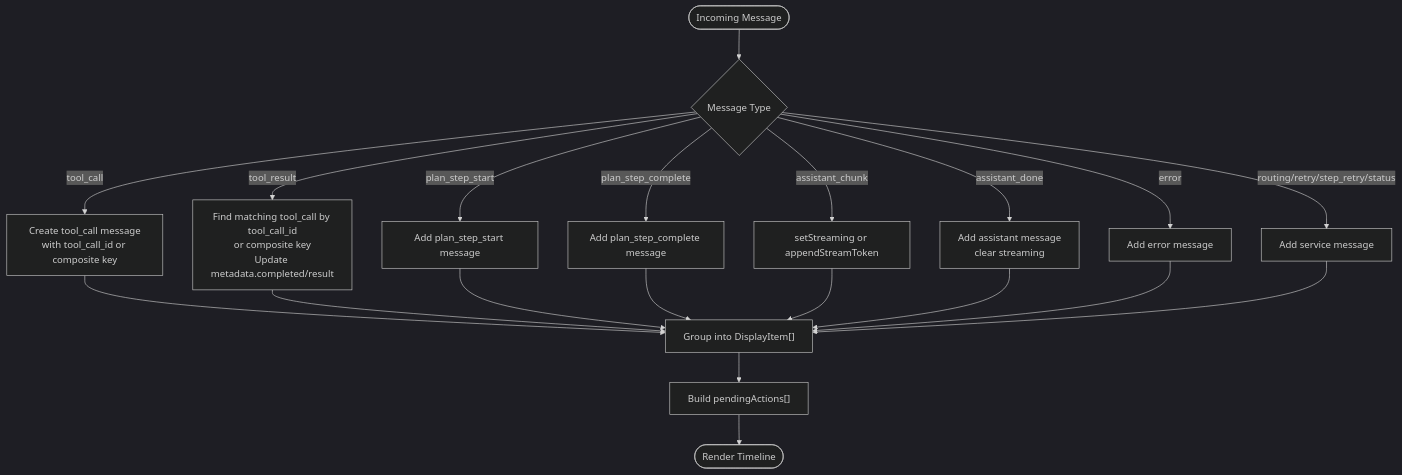
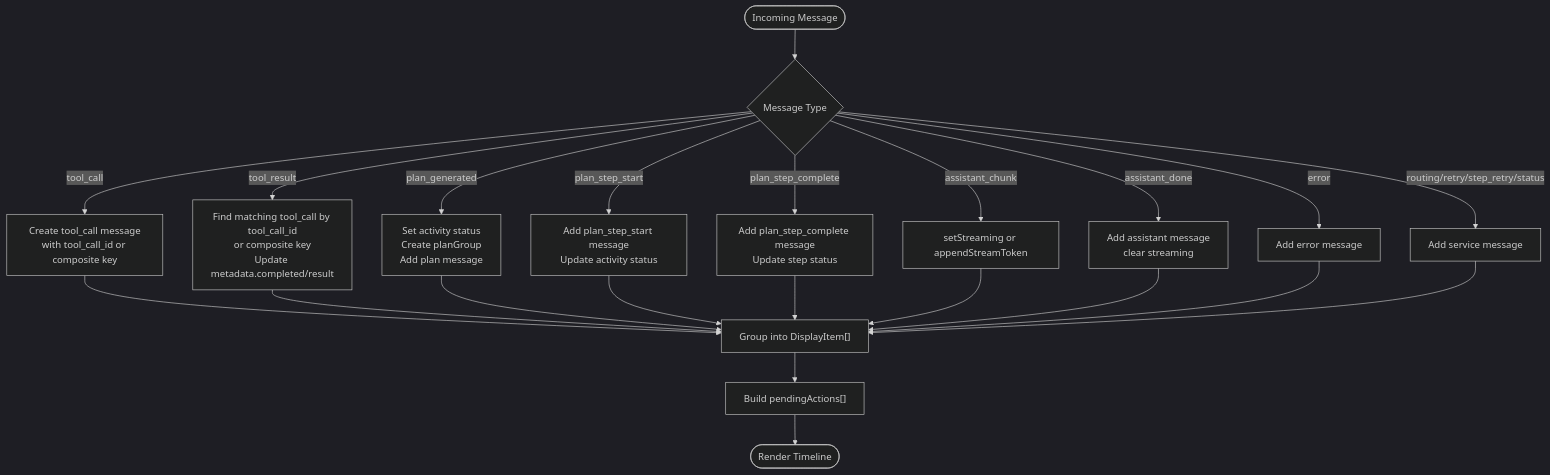
The third of 6 diagrams in .qoder/repowiki/en/content/Frontend Application/State Management.md (v0lka/c0wrk), drawn with Mermaid (dark theme) before and after one commit. The commit also changed other lines of this file and 13 other files, not shown here.

````diff
--- a/.qoder/repowiki/en/content/Frontend Application/State Management.md
+++ b/.qoder/repowiki/en/content/Frontend Application/State Management.md
@@ -166,22 +204,24 @@
 ```mermaid
 flowchart TD
 Start(["Incoming Message"]) --> Type{"Message Type"}
 Type --> |tool_call| ToolCall["Create tool_call message<br/>with tool_call_id or composite key"]
 Type --> |tool_result| ToolResult["Find matching tool_call by tool_call_id<br/>or composite key<br/>Update metadata.completed/result"]
-Type --> |plan_step_start| PlanStart["Add plan_step_start message"]
-Type --> |plan_step_complete| PlanComplete["Add plan_step_complete message"]
+Type --> |plan_generated| PlanGen["Set activity status<br/>Create planGroup<br/>Add plan message"]
+Type --> |plan_step_start| PlanStart["Add plan_step_start message<br/>Update activity status"]
+Type --> |plan_step_complete| PlanComplete["Add plan_step_complete message<br/>Update step status"]
 Type --> |assistant_chunk| Stream["setStreaming or appendStreamToken"]
 Type --> |assistant_done| Done["Add assistant message<br/>clear streaming"]
 Type --> |error| Error["Add error message"]
 Type --> |routing/retry/step_retry/status| Service["Add service message"]
 ToolCall --> Group["Group into DisplayItem[]"]
 ToolResult --> Group
+PlanGen --> Group
 PlanStart --> Group
 PlanComplete --> Group
 Stream --> Group
 Done --> Group
 Error --> Group
 Service --> Group
 Group --> Pending["Build pendingActions[]"]
 Pending --> End(["Render Timeline"])
 ```
````
